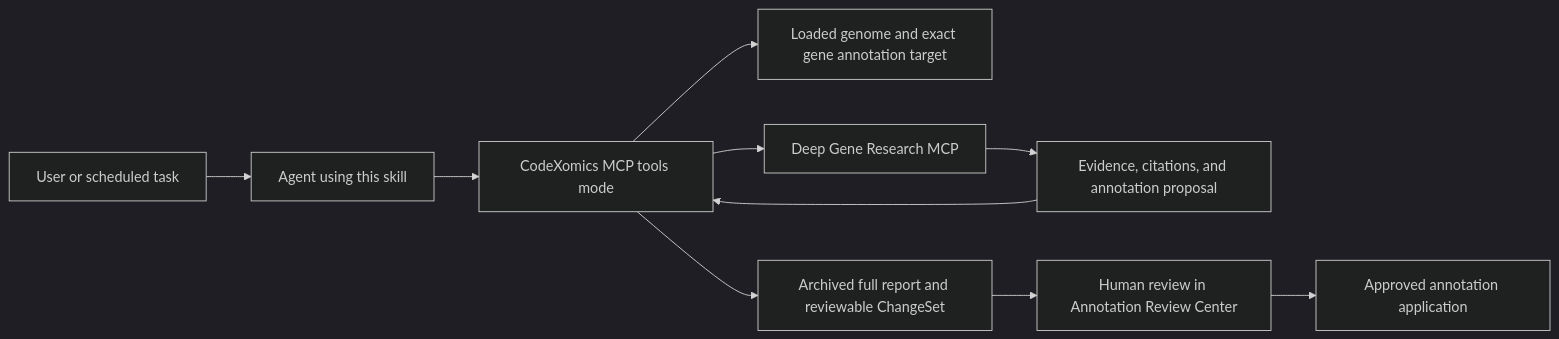
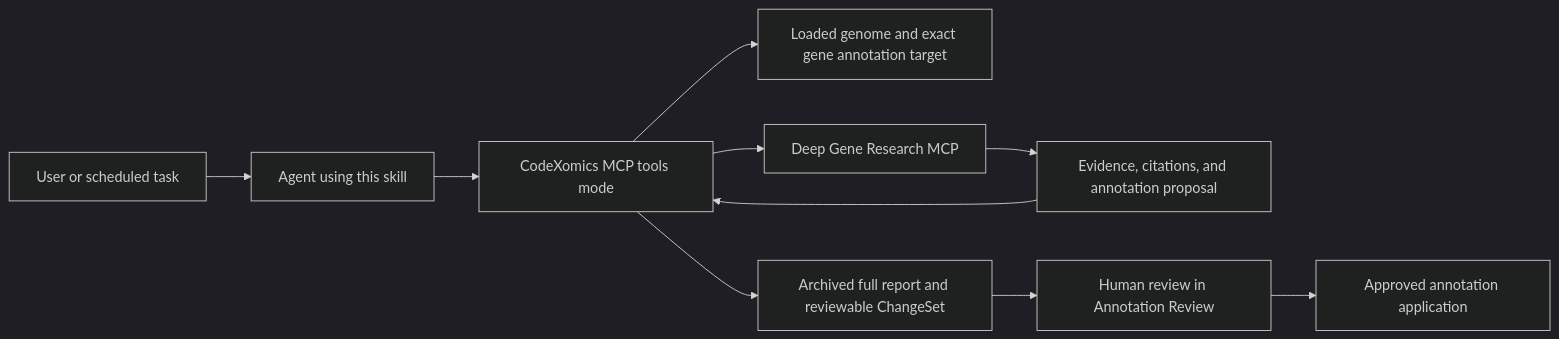
Before and after one commit to Scilence2022/GenomeAnnotationSkills: the diagram in README.md, drawn with Mermaid (dark theme). The commit also changed other lines of this file and 15 other files, not shown here.

````diff
--- a/README.md
+++ b/README.md
@@ -17,12 +17,12 @@
 ```mermaid
 flowchart LR
     U["User or scheduled task"] --> A["Agent using this skill"]
     A --> C["CodeXomics MCP tools mode"]
     C --> G["Loaded genome and exact gene annotation target"]
     C --> D["Deep Gene Research MCP"]
     D --> E["Evidence, citations, and annotation proposal"]
     E --> C
     C --> R["Archived full report and reviewable ChangeSet"]
-    R --> H["Human review in Annotation Review Center"]
+    R --> H["Human review in Annotation Review"]
     H --> P["Approved annotation application"]
 ```
````
